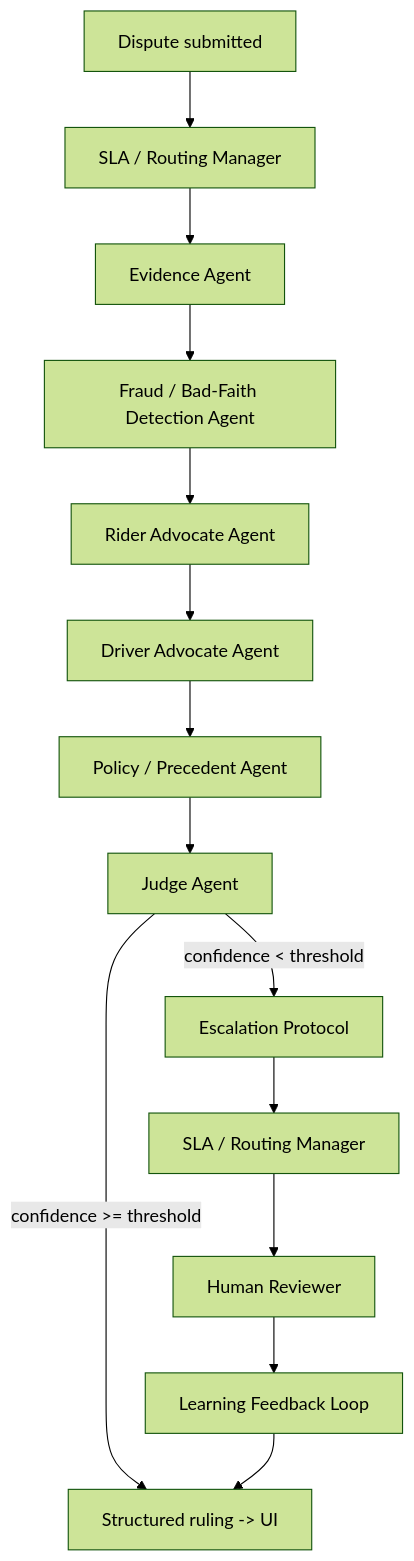
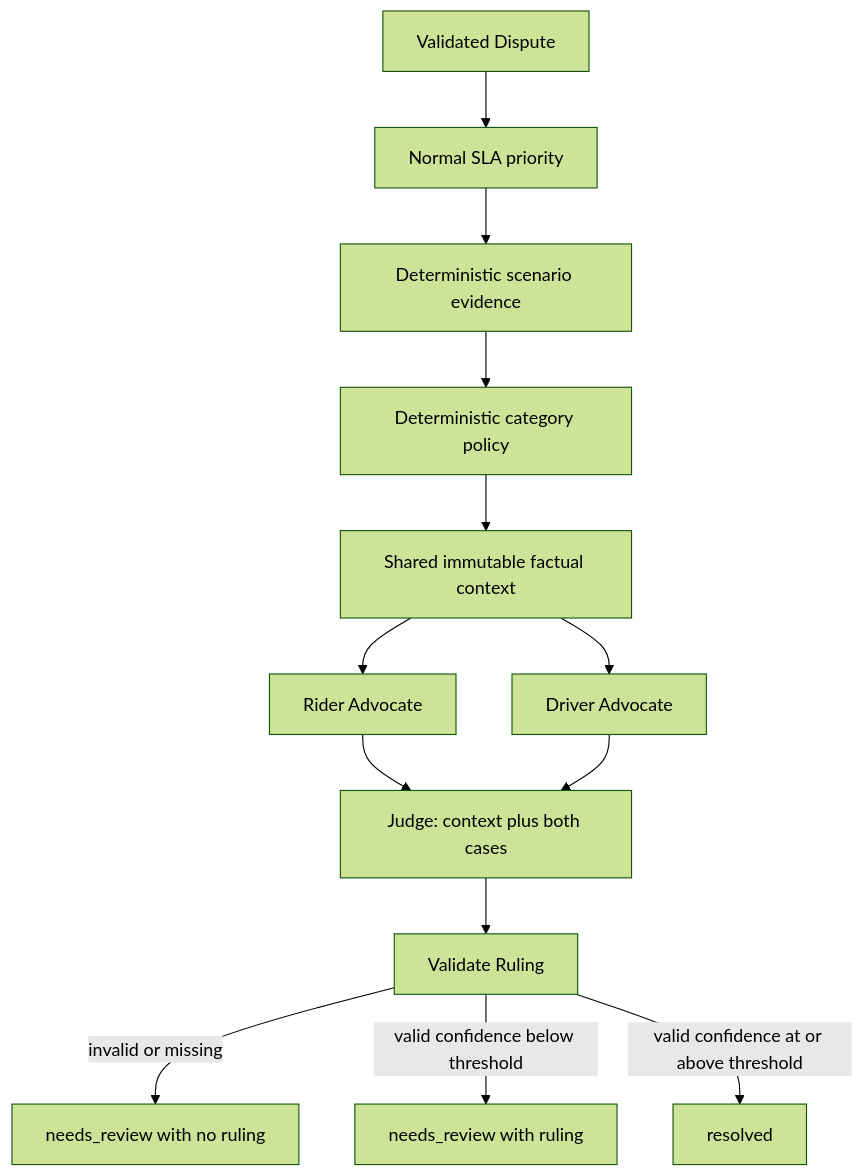
One commit to ryannteo/RAA-Tech changed the diagram in docs/ARCHITECTURE.md. Above: the diagram before and after it, drawn with Mermaid (forest theme). The commit also changed other lines of this file and 38 other files, not shown here.

Commit message:
refactor: harden dispute resolution architecture

````diff
--- a/docs/ARCHITECTURE.md
+++ b/docs/ARCHITECTURE.md
@@ -6,16 +7,15 @@
 ```mermaid
 flowchart TD
-    A[Dispute submitted] --> B[SLA / Routing Manager]
-    B --> C[Evidence Agent]
-    C --> D[Fraud / Bad-Faith Detection Agent]
-    D --> E[Rider Advocate Agent]
-    E --> F[Driver Advocate Agent]
-    F --> G[Policy / Precedent Agent]
-    G --> H[Judge Agent]
-    H -->|confidence >= threshold| I[Structured ruling -> UI]
-    H -->|confidence < threshold| J[Escalation Protocol]
-    J --> K[SLA / Routing Manager]
-    K --> L[Human Reviewer]
-    L --> M[Learning Feedback Loop]
-    M --> I
+    A[Validated Dispute] --> B[Normal SLA priority]
+    B --> C[Deterministic scenario evidence]
+    C --> D[Deterministic category policy]
+    D --> E[Shared immutable factual context]
+    E --> R[Rider Advocate]
+    E --> V[Driver Advocate]
+    R --> J[Judge: context plus both cases]
+    V --> J
+    J --> K[Validate Ruling]
+    K -->|invalid or missing| N[needs_review with no ruling]
+    K -->|valid confidence below threshold| L[needs_review with ruling]
+    K -->|valid confidence at or above threshold| M[resolved]
 ```
````
